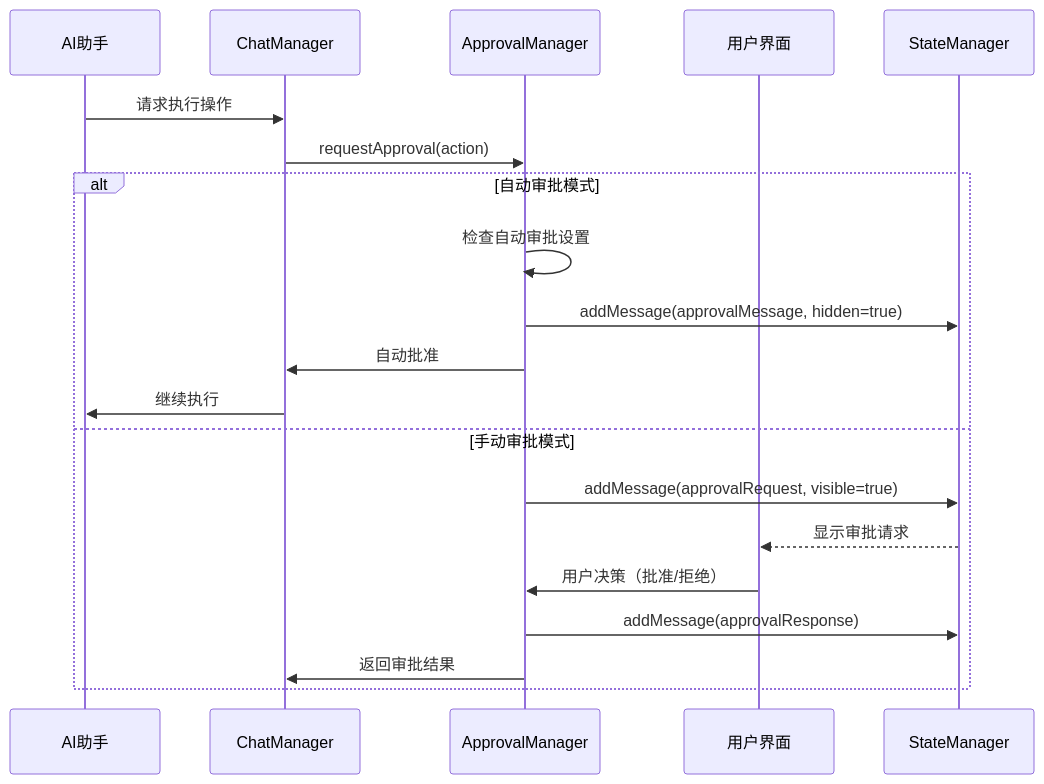
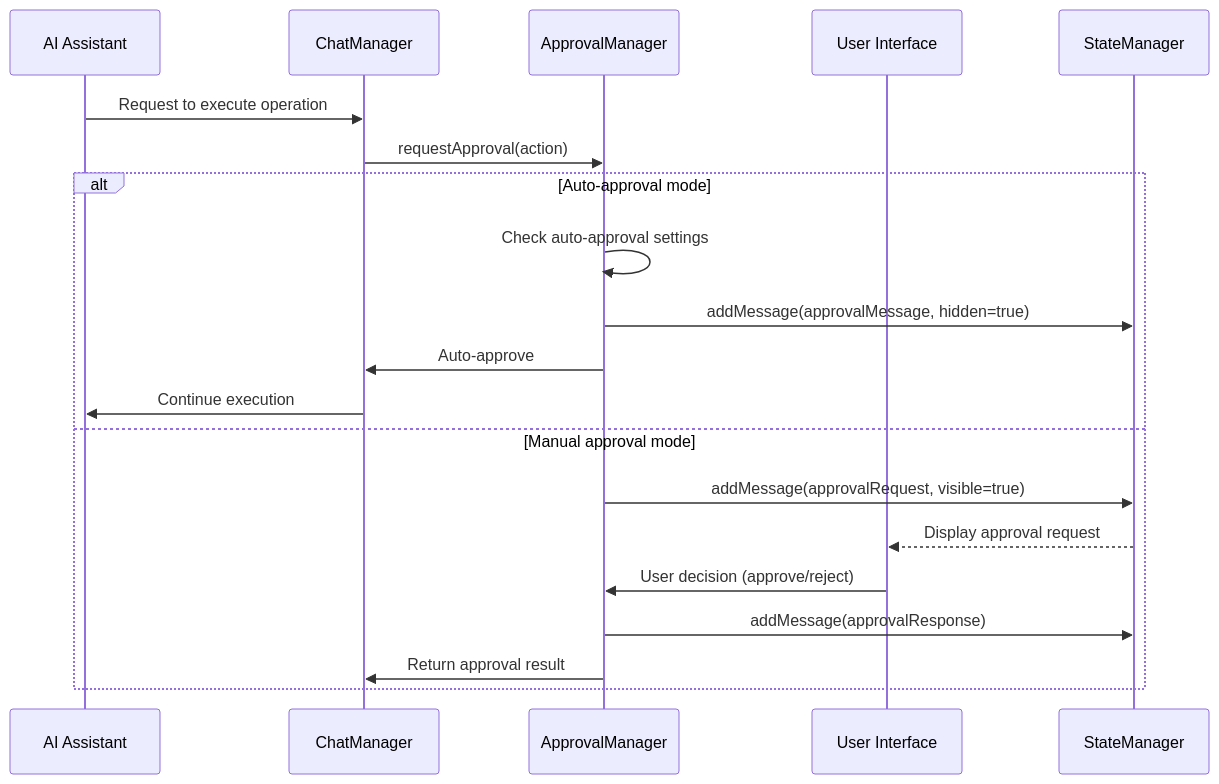
One commit to bigduu/copilot_client_app changed the fifth of 7 diagrams in docs/architecture/_archive/UNIFIED_CHAT_FLOW_ARCHITECTURE.md. Above: the diagram before and after it, drawn with Mermaid. The commit also changed other lines of this file and 49 other files, not shown here.

````diff
--- a/docs/architecture/_archive/UNIFIED_CHAT_FLOW_ARCHITECTURE.md
+++ b/docs/architecture/_archive/UNIFIED_CHAT_FLOW_ARCHITECTURE.md
@@ -241,24 +241,24 @@
 ```mermaid
 sequenceDiagram
-    participant AI as AI助手
+    participant AI as AI Assistant
     participant CM as ChatManager
     participant AM as ApprovalManager
-    participant User as 用户界面
+    participant User as User Interface
     participant SM as StateManager
 
-    AI->>CM: 请求执行操作
+    AI->>CM: Request to execute operation
     CM->>AM: requestApproval(action)
-    
-    alt 自动审批模式
-        AM->>AM: 检查自动审批设置
+
+    alt Auto-approval mode
+        AM->>AM: Check auto-approval settings
         AM->>SM: addMessage(approvalMessage, hidden=true)
-        AM->>CM: 自动批准
-        CM->>AI: 继续执行
-    else 手动审批模式
+        AM->>CM: Auto-approve
+        CM->>AI: Continue execution
+    else Manual approval mode
         AM->>SM: addMessage(approvalRequest, visible=true)
-        SM-->>User: 显示审批请求
-        User->>AM: 用户决策（批准/拒绝）
+        SM-->>User: Display approval request
+        User->>AM: User decision (approve/reject)
         AM->>SM: addMessage(approvalResponse)
-        AM->>CM: 返回审批结果
+        AM->>CM: Return approval result
     end
 ```
````
